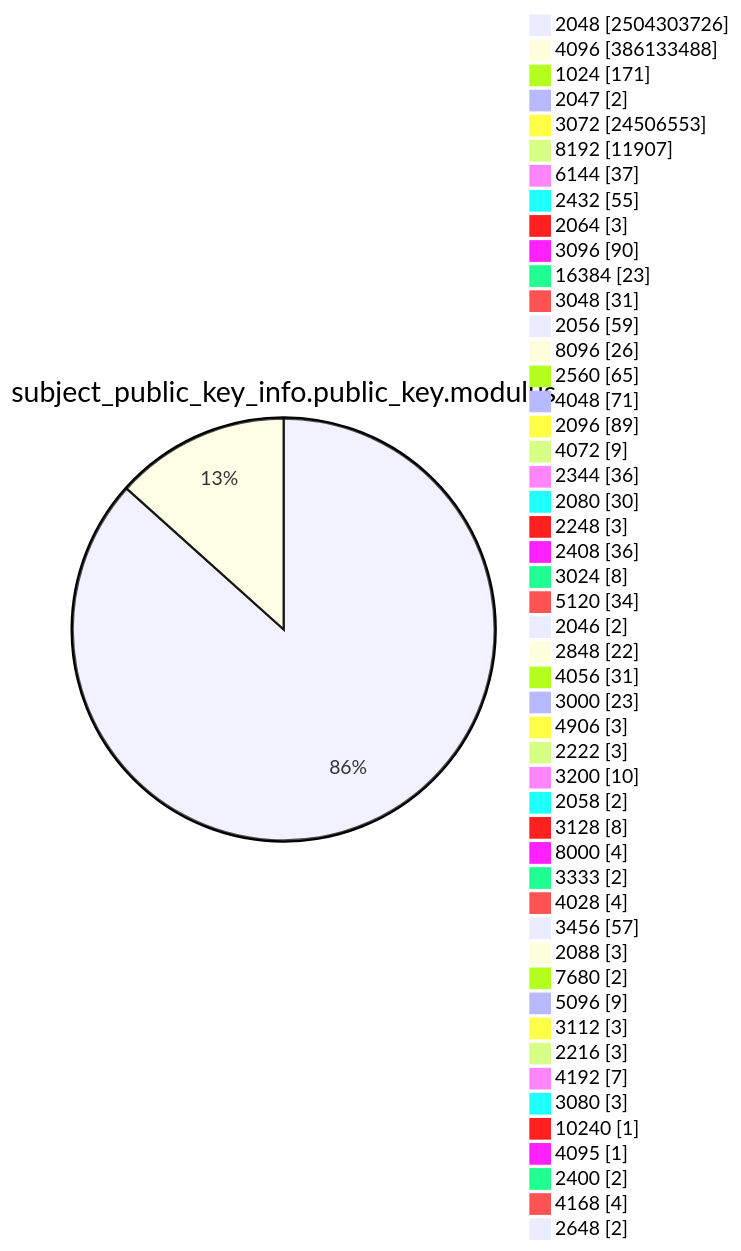
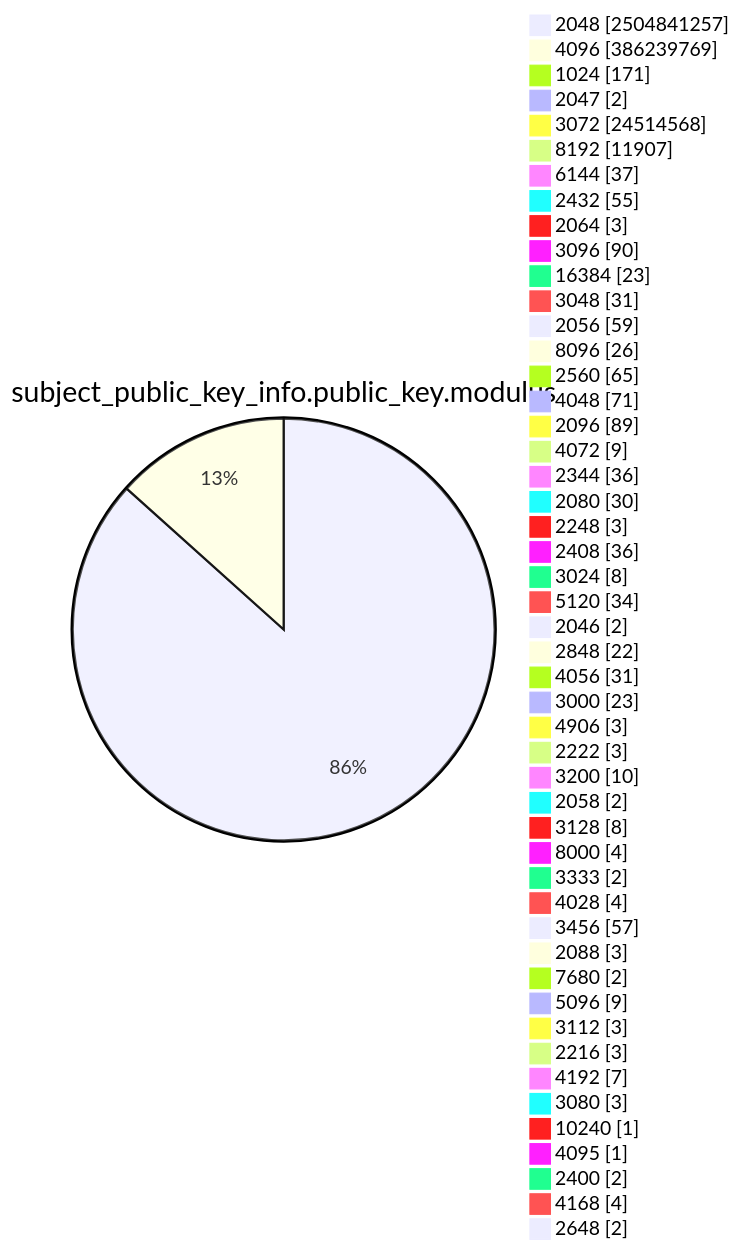
Diagram 13 of 15 in TOTAL/README.md (christiankrug/ctmonitor_visualization), drawn with Mermaid before and after one commit. The commit also changed other lines of this file, not shown here.

````diff
--- a/TOTAL/README.md
+++ b/TOTAL/README.md
@@ -4169,53 +4169,53 @@
 ```mermaid
 pie showData
 title subject_public_key_info.public_key.modulus
-"2048" :2504303726
-"4096" :386133488
+"2048" :2504841257
+"4096" :386239769
 "1024" :171
 "2047" :2
-"3072" :24506553
+"3072" :24514568
 "8192" :11907
 "6144" :37
 "2432" :55
 "2064" :3
 "3096" :90
 "16384" :23
 "3048" :31
 "2056" :59
 "8096" :26
 "2560" :65
 "4048" :71
 "2096" :89
 "4072" :9
 "2344" :36
 "2080" :30
 "2248" :3
 "2408" :36
 "3024" :8
 "5120" :34
 "2046" :2
 "2848" :22
 "4056" :31
 "3000" :23
 "4906" :3
 "2222" :3
 "3200" :10
 "2058" :2
 "3128" :8
 "8000" :4
 "3333" :2
 "4028" :4
 "3456" :57
 "2088" :3
 "7680" :2
 "5096" :9
 "3112" :3
 "2216" :3
 "4192" :7
 "3080" :3
 "10240" :1
 "4095" :1
 "2400" :2
 "4168" :4
 "2648" :2
 ```
````
